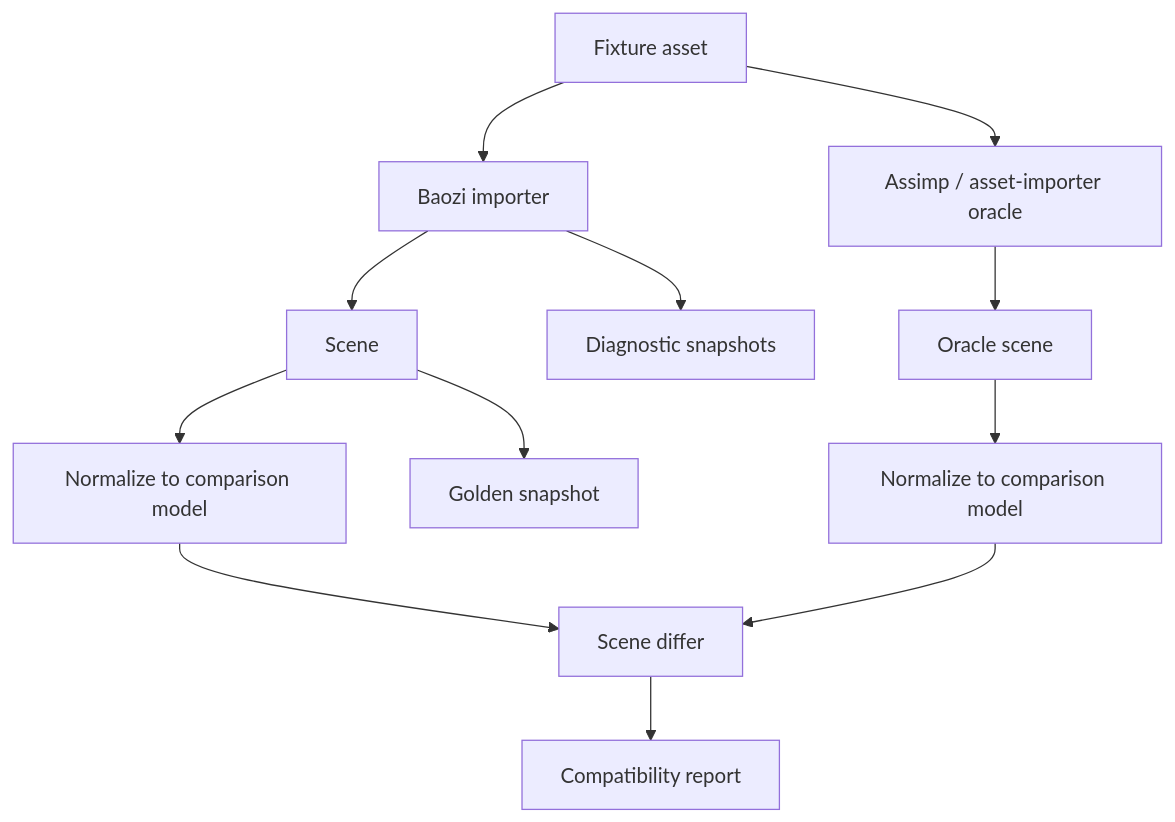
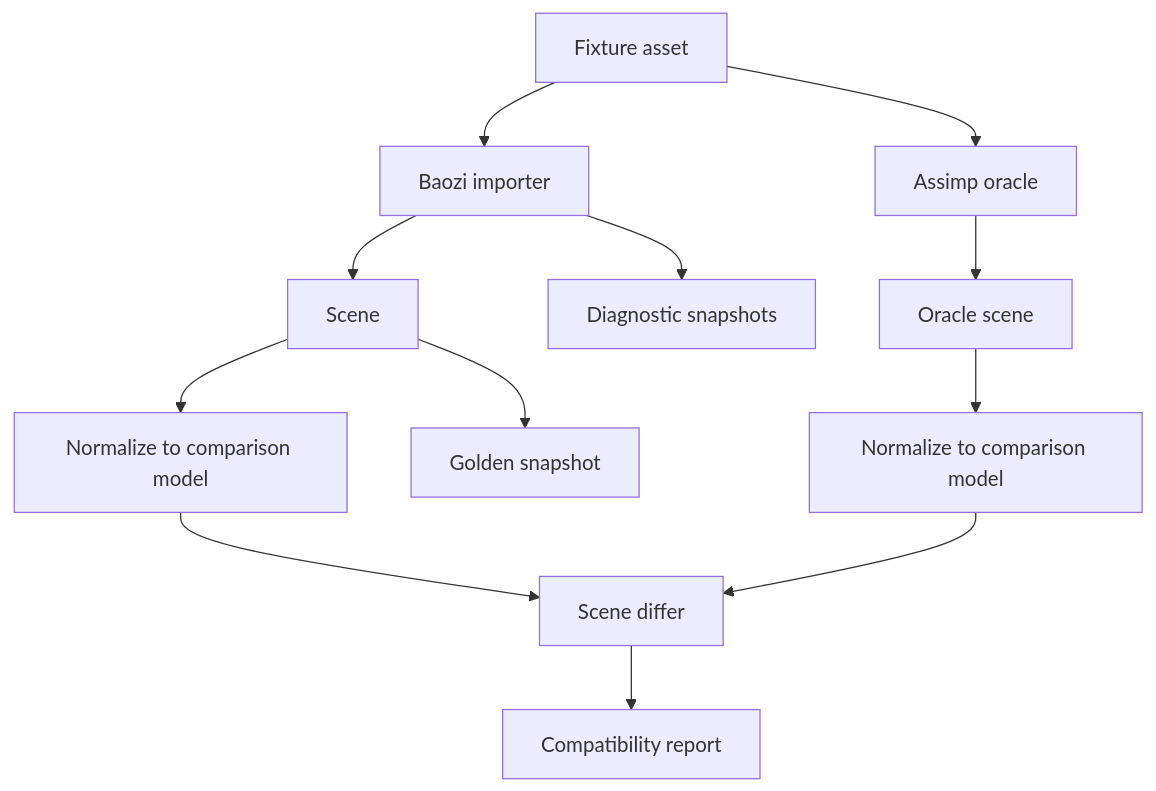
Before and after one commit to Latias94/baozi: the first of 2 diagrams in docs/adr/0005-testing-fuzzing-and-differential-oracle-strategy.md, drawn with Mermaid. The commit also changed other lines of this file and 15 other files, not shown here.

Commit message:
docs(architecture): plan stl importer vertical slice

````diff
--- a/docs/adr/0005-testing-fuzzing-and-differential-oracle-strategy.md
+++ b/docs/adr/0005-testing-fuzzing-and-differential-oracle-strategy.md
@@ -51,18 +51,18 @@
 ```mermaid
 flowchart TD
     Fixture[Fixture asset] --> Baozi[Baozi importer]
-    Fixture --> Oracle[Assimp / asset-importer oracle]
+    Fixture --> Oracle[Assimp oracle]
 
     Baozi --> BaoziScene[Scene]
     Oracle --> OracleScene[Oracle scene]
 
     BaoziScene --> NormalizeA[Normalize to comparison model]
     OracleScene --> NormalizeB[Normalize to comparison model]
 
     NormalizeA --> Differ[Scene differ]
     NormalizeB --> Differ
     Differ --> Report[Compatibility report]
 
     BaoziScene --> Snapshot[Golden snapshot]
     Baozi --> Diagnostics[Diagnostic snapshots]
 ```
````
